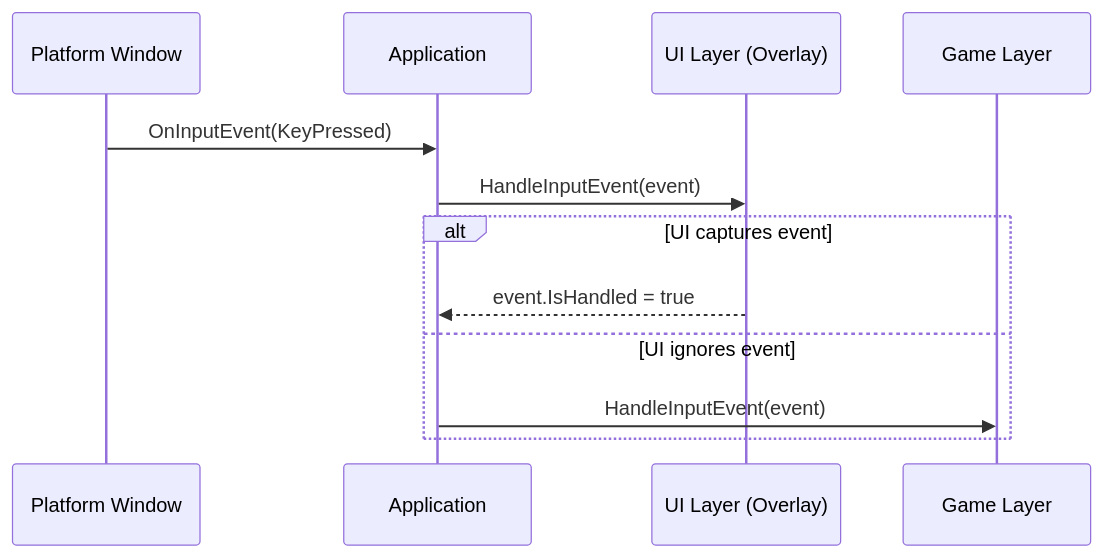
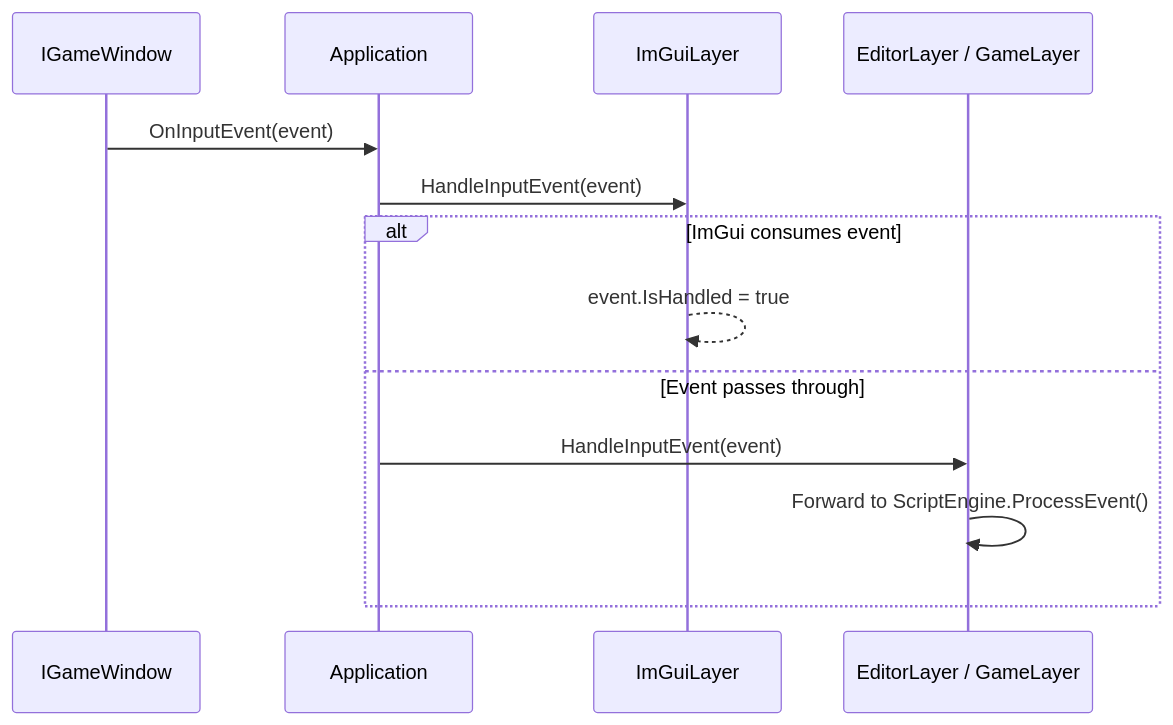
The sixth of 6 diagrams in docs/architecture/game-loop.md (kateusz/GameEngine), drawn with Mermaid before and after one commit. The commit also changed other lines of this file and 30 other files, not shown here.

````diff
--- a/docs/architecture/game-loop.md
+++ b/docs/architecture/game-loop.md
@@ -71,16 +220,16 @@
 ```mermaid
 sequenceDiagram
-    participant Window as Platform Window
+    participant Platform as IGameWindow
     participant App as Application
-    participant UI as UI Layer (Overlay)
-    participant Game as Game Layer
+    participant ImGui as ImGuiLayer
+    participant Layer as EditorLayer / GameLayer
 
-    Window->>App: OnInputEvent(KeyPressed)
-    App->>UI: HandleInputEvent(event)
-
-    alt UI captures event
-        UI-->>App: event.IsHandled = true
-    else UI ignores event
-        App->>Game: HandleInputEvent(event)
+    Platform->>App: OnInputEvent(event)
+    App->>ImGui: HandleInputEvent(event)
+    alt ImGui consumes event
+        ImGui-->>ImGui: event.IsHandled = true
+    else Event passes through
+        App->>Layer: HandleInputEvent(event)
+        Layer->>Layer: Forward to ScriptEngine.ProcessEvent()
     end
 ```
````
